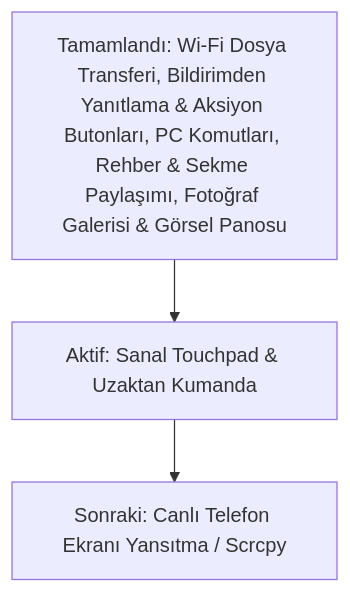
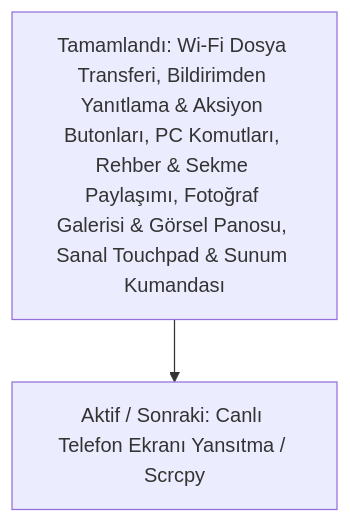
Before and after one commit to bysinbin/android-sync: the diagram in FEATURE_COMPARISON.md, drawn with Mermaid. The commit also changed other lines of this file and 14 other files, not shown here.

````diff
--- a/FEATURE_COMPARISON.md
+++ b/FEATURE_COMPARISON.md
@@ -131,5 +131,4 @@
 ```mermaid
 graph TD
-    A[Tamamlandı: Wi-Fi Dosya Transferi, Bildirimden Yanıtlama & Aksiyon Butonları, PC Komutları, Rehber & Sekme Paylaşımı, Fotoğraf Galerisi & Görsel Panosu] --> B[Aktif: Sanal Touchpad & Uzaktan Kumanda]
-    B --> C[Sonraki: Canlı Telefon Ekranı Yansıtma / Scrcpy]
+    A[Tamamlandı: Wi-Fi Dosya Transferi, Bildirimden Yanıtlama & Aksiyon Butonları, PC Komutları, Rehber & Sekme Paylaşımı, Fotoğraf Galerisi & Görsel Panosu, Sanal Touchpad & Sunum Kumandası] --> B[Aktif / Sonraki: Canlı Telefon Ekranı Yansıtma / Scrcpy]
 ```
````
